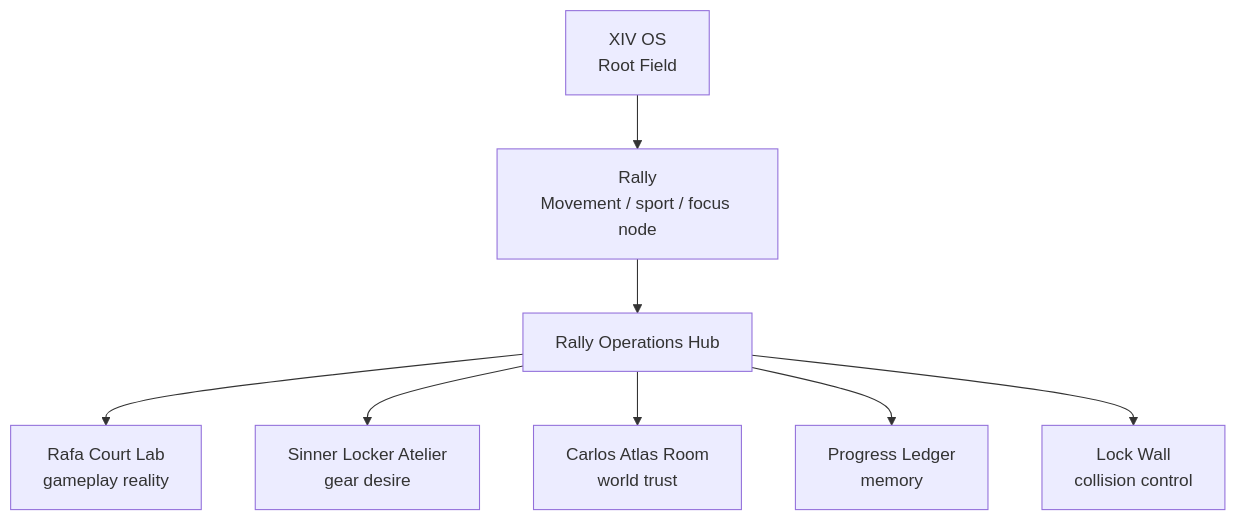
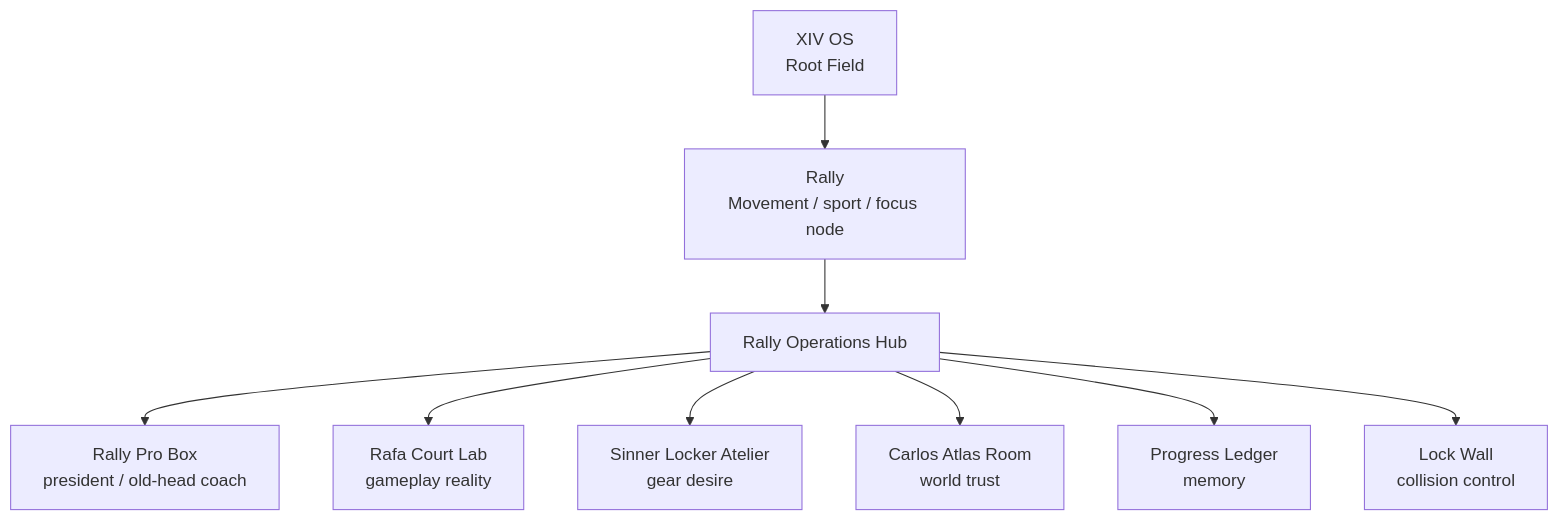
One commit to marcelozap/Rally changed the first of 2 diagrams in AGENT_WORLD.md. Above: the diagram before and after it, drawn with Mermaid. The commit also changed other lines of this file and 9 other files, not shown here.

Commit message:
[CX] Add Rally Pro president agent

````diff
--- a/AGENT_WORLD.md
+++ b/AGENT_WORLD.md
@@ -15,10 +15,11 @@
 ```mermaid
 flowchart TD
     XIV["XIV OS<br/>Root Field"] --> Rally["Rally<br/>Movement / sport / focus node"]
     Rally --> Hub["Rally Operations Hub"]
+    Hub --> ProBox["Rally Pro Box<br/>president / old-head coach"]
     Hub --> RafaRoom["Rafa Court Lab<br/>gameplay reality"]
     Hub --> SinnerRoom["Sinner Locker Atelier<br/>gear desire"]
     Hub --> CarlosRoom["Carlos Atlas Room<br/>world trust"]
     Hub --> Ledger["Progress Ledger<br/>memory"]
     Hub --> Locks["Lock Wall<br/>collision control"]
 ```
````
